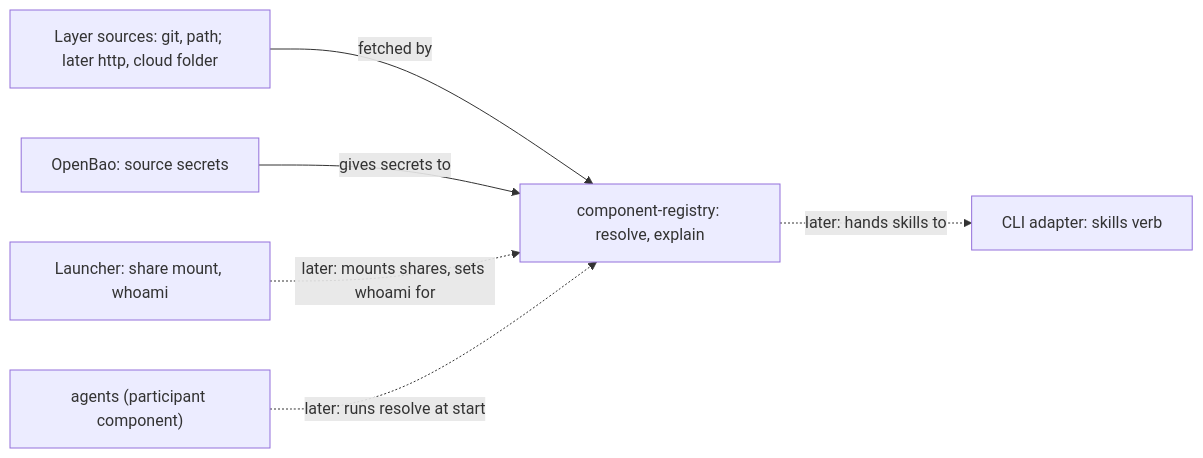
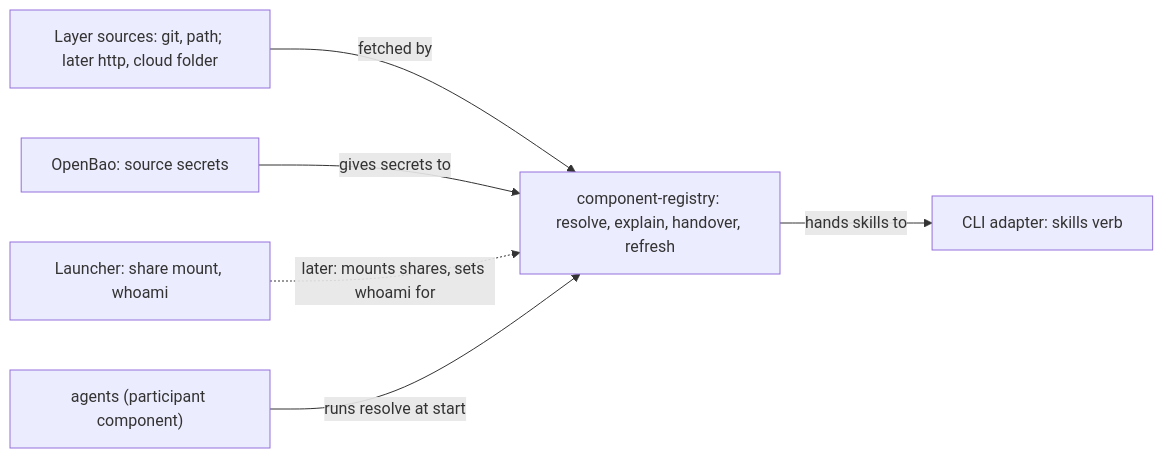
Before and after one commit to nabil-becker/devcontainer-features: the second of 2 diagrams in docs/model/c4-container.md, drawn with Mermaid. The commit also changed other lines of this file and 9 other files, not shown here.

First line of the commit message:
docs: ADR 0064, the skills verb in the CLI contract, the matrix row and the slice-2 architecture deltas (component-registry-build)

````diff
--- a/docs/model/c4-container.md
+++ b/docs/model/c4-container.md
@@ -51,14 +52,14 @@
 ```mermaid
 flowchart LR
-  component-registry["component-registry: resolve, explain"]
+  component-registry["component-registry: resolve, explain, handover, refresh"]
   participant-component["agents (participant component)"]
   cli-adapter["CLI adapter: skills verb"]
   launcher["Launcher: share mount, whoami"]
   master-of-secrets["OpenBao: source secrets"]
   external-sources["Layer sources: git, path; later http, cloud folder"]
   external-sources -->|fetched by| component-registry
   master-of-secrets -->|gives secrets to| component-registry
   launcher -.->|later: mounts shares, sets whoami for| component-registry
-  participant-component -.->|later: runs resolve at start| component-registry
-  component-registry -.->|later: hands skills to| cli-adapter
+  participant-component -->|runs resolve at start| component-registry
+  component-registry -->|hands skills to| cli-adapter
 ```
````
